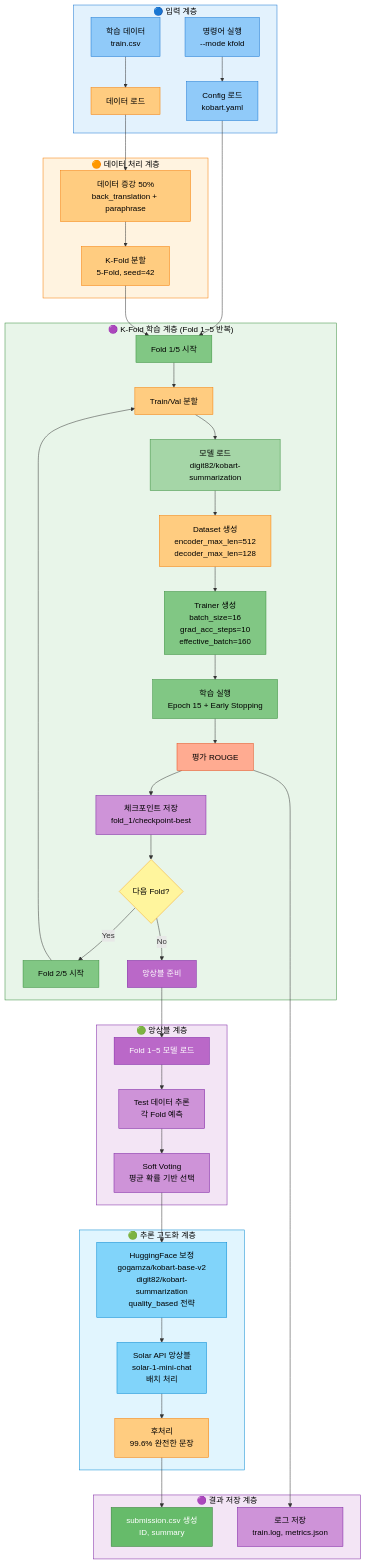
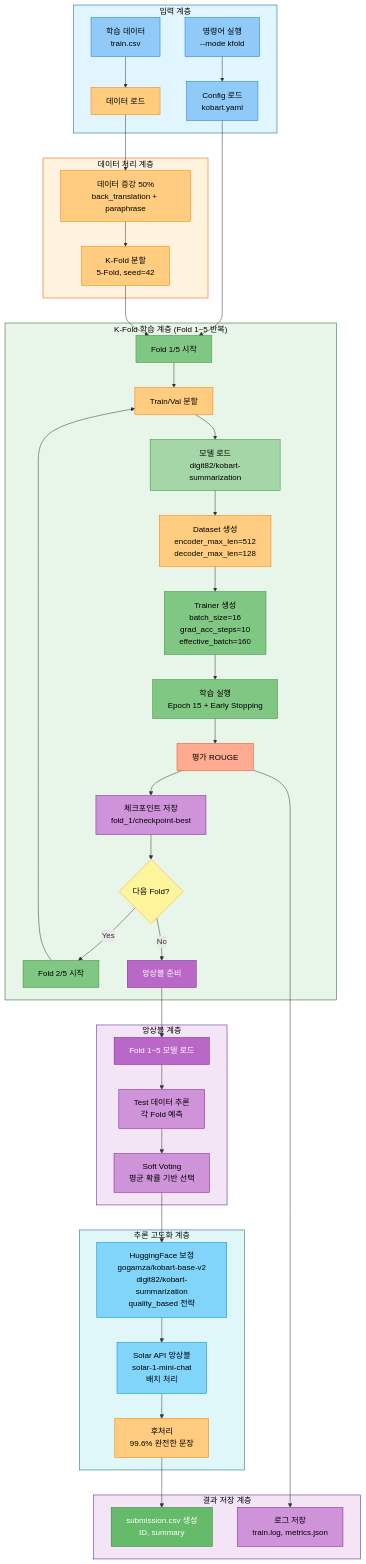
One commit to AIBootcamp14/naturallanguageprocessingcompetition-nlp-1 changed the third of 6 diagrams in docs/모듈화/04_02_KoBART_단일모델_최강_성능_전략.md. Above: the diagram before and after it, drawn with Mermaid. The commit also changed other lines of this file, not shown here.

Commit message:
docs: Mermaid subgraph 포맷 README.md 표준으로 통일 전략 1, 2 파이프라인 다이어그램 수정 - subgraph ID 대문자로 변경 (input → Input, processing → DataProcess 등) - subgraph ID에서 이모지 제거 (레이블에는 유지 가능) - README.md 예시와 동일한 색상 팔레트 적용   - Input: #e1f5ff/#01579b   - DataProcess: #fff3e0/#e65100   - Optimization/Training: #e8f5e9/#1b5e20   - Results: #c8e6c9/#2e7d32 등 변경된 subgraph - 전략 1 (Optuna): Input, DataProcess, Optimization, Results, Warning - 전략 2 (K-Fold): Input, DataProcess, Training, Ensemble, Inference, Results - 전략 3, 4: graph LR 형식으로 styled subgraph 미사용 (변경 불필요)

````diff
--- a/docs/모듈화/04_02_KoBART_단일모델_최강_성능_전략.md
+++ b/docs/모듈화/04_02_KoBART_단일모델_최강_성능_전략.md
@@ -273,78 +273,78 @@
 ```mermaid
 graph TB
-    subgraph input["🔵 입력 계층"]
+    subgraph Input["입력 계층"]
         A[명령어 실행<br/>--mode kfold] --> B[Config 로드<br/>kobart.yaml]
         A1[학습 데이터<br/>train.csv] --> C[데이터 로드]
     end
 
-    subgraph processing["🟠 데이터 처리 계층"]
+    subgraph DataProcess["데이터 처리 계층"]
         C --> D[데이터 증강 50%<br/>back_translation + paraphrase]
         D --> E[K-Fold 분할<br/>5-Fold, seed=42]
     end
 
-    subgraph training["🟣 K-Fold 학습 계층 (Fold 1~5 반복)"]
+    subgraph Training["K-Fold 학습 계층 (Fold 1~5 반복)"]
         B --> F[Fold 1/5 시작]
         E --> F
         F --> G[Train/Val 분할]
         G --> H[모델 로드<br/>digit82/kobart-summarization]
         H --> I[Dataset 생성<br/>encoder_max_len=512<br/>decoder_max_len=128]
         I --> J[Trainer 생성<br/>batch_size=16<br/>grad_acc_steps=10<br/>effective_batch=160]
         J --> K[학습 실행<br/>Epoch 15 + Early Stopping]
         K --> L[평가 ROUGE]
         L --> M[체크포인트 저장<br/>fold_1/checkpoint-best]
         M --> N{다음 Fold?}
         N -->|Yes| O[Fold 2/5 시작]
         O --> G
         N -->|No| P[앙상블 준비]
     end
 
-    subgraph ensemble["🟢 앙상블 계층"]
+    subgraph Ensemble["앙상블 계층"]
         P --> Q[Fold 1~5 모델 로드]
         Q --> R[Test 데이터 추론<br/>각 Fold 예측]
         R --> S[Soft Voting<br/>평균 확률 기반 선택]
     end
 
-    subgraph inference["🟢 추론 고도화 계층"]
+    subgraph Inference["추론 고도화 계층"]
         S --> T[HuggingFace 보정<br/>gogamza/kobart-base-v2<br/>digit82/kobart-summarization<br/>quality_based 전략]
         T --> U[Solar API 앙상블<br/>solar-1-mini-chat<br/>배치 처리]
         U --> V[후처리<br/>99.6% 완전한 문장]
     end
 
-    subgraph results["🟣 결과 저장 계층"]
+    subgraph Results["결과 저장 계층"]
         V --> W[submission.csv 생성<br/>ID, summary]
         L --> X[로그 저장<br/>train.log, metrics.json]
     end
 
-    style input fill:#e3f2fd,stroke:#1976d2,color:#000
-    style processing fill:#fff3e0,stroke:#f57c00,color:#000
-    style training fill:#e8f5e9,stroke:#388e3c,color:#000
-    style ensemble fill:#f3e5f5,stroke:#7b1fa2,color:#000
-    style inference fill:#e1f5fe,stroke:#0288d1,color:#000
-    style results fill:#f3e5f5,stroke:#7b1fa2,color:#000
+    style Input fill:#e1f5ff,stroke:#01579b,color:#000
+    style DataProcess fill:#fff3e0,stroke:#e65100,color:#000
+    style Training fill:#e8f5e9,stroke:#1b5e20,color:#000
+    style Ensemble fill:#f3e5f5,stroke:#4a148c,color:#000
+    style Inference fill:#e0f7fa,stroke:#006064,color:#000
+    style Results fill:#f3e5f5,stroke:#4a148c,color:#000
 
     style A fill:#90caf9,stroke:#1976d2,color:#000
     style A1 fill:#90caf9,stroke:#1976d2,color:#000
     style B fill:#90caf9,stroke:#1976d2,color:#000
     style C fill:#ffcc80,stroke:#f57c00,color:#000
     style D fill:#ffcc80,stroke:#f57c00,color:#000
     style E fill:#ffcc80,stroke:#f57c00,color:#000
     style F fill:#81c784,stroke:#388e3c,color:#000
     style G fill:#ffcc80,stroke:#f57c00,color:#000
     style H fill:#a5d6a7,stroke:#388e3c,color:#000
     style I fill:#ffcc80,stroke:#f57c00,color:#000
     style J fill:#81c784,stroke:#388e3c,color:#000
     style K fill:#81c784,stroke:#388e3c,color:#000
     style L fill:#ffab91,stroke:#e64a19,color:#000
     style M fill:#ce93d8,stroke:#7b1fa2,color:#000
     style N fill:#fff59d,stroke:#f9a825,color:#000
     style O fill:#81c784,stroke:#388e3c,color:#000
     style P fill:#ba68c8,stroke:#7b1fa2,color:#fff
     style Q fill:#ba68c8,stroke:#7b1fa2,color:#fff
     style R fill:#ce93d8,stroke:#7b1fa2,color:#000
     style S fill:#ce93d8,stroke:#7b1fa2,color:#000
     style T fill:#81d4fa,stroke:#0288d1,color:#000
     style U fill:#81d4fa,stroke:#0288d1,color:#000
     style V fill:#ffcc80,stroke:#f57c00,color:#000
     style W fill:#66bb6a,stroke:#2e7d32,color:#fff
     style X fill:#ce93d8,stroke:#7b1fa2,color:#000
 ```
````
